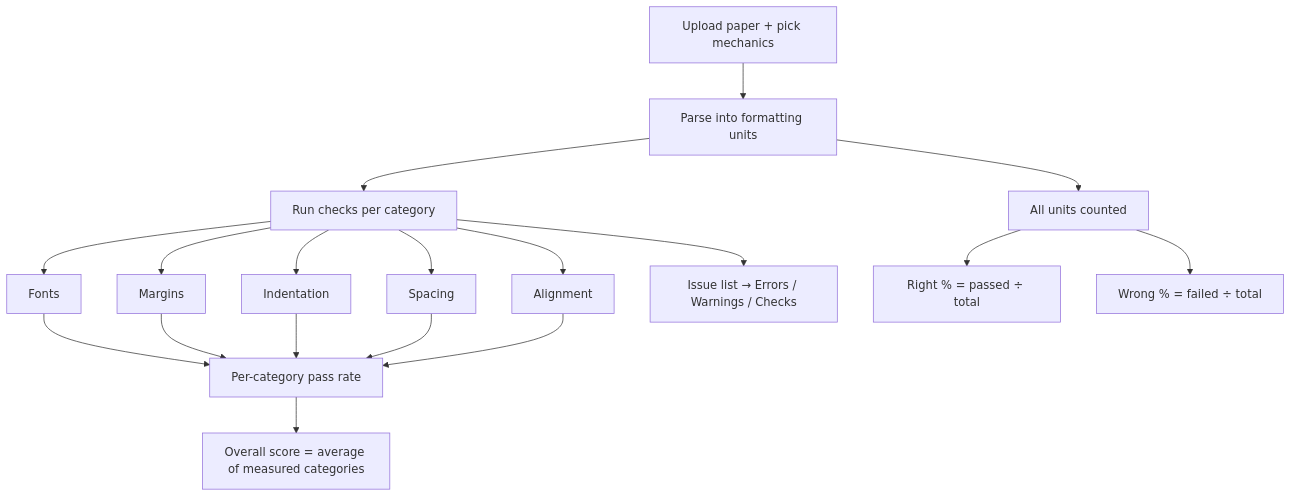
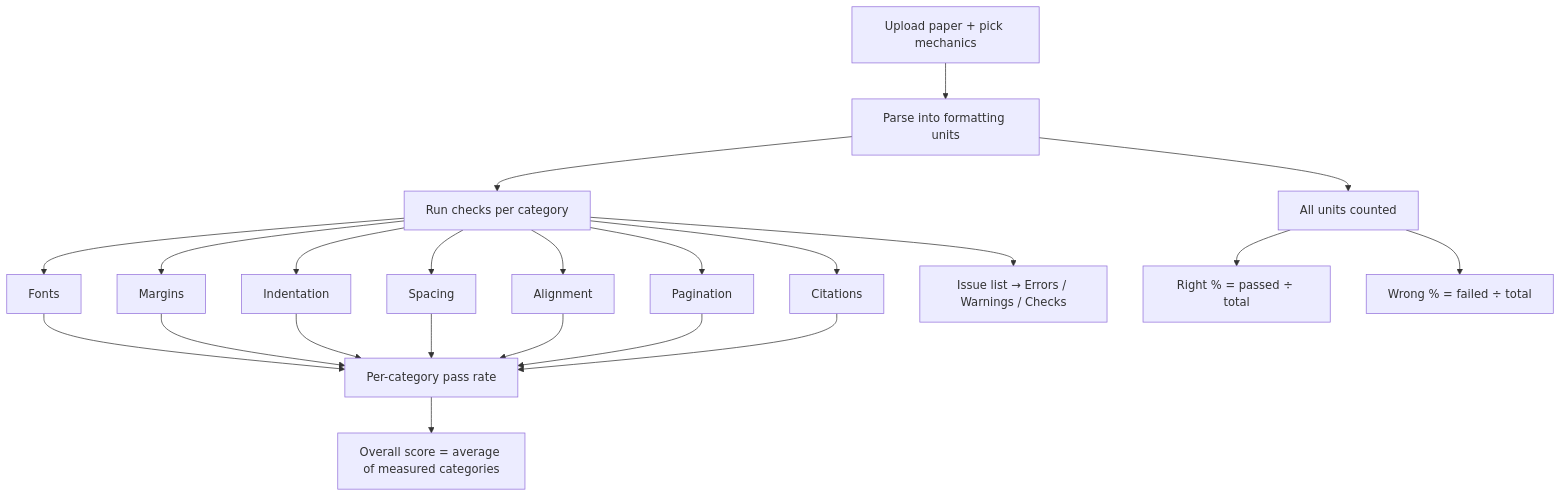
The first of 4 diagrams in PaperPilot-main/machinelearning/docs/SCORING_EXPLAINED.md (Vinceopo/PaperPilot), drawn with Mermaid before and after one commit. The commit also changed 8 other files, not shown here.

First line of the commit message:
Fix v3 scan anomalies: restore pagination and score Citations.

````diff
--- a/PaperPilot-main/machinelearning/docs/SCORING_EXPLAINED.md
+++ b/PaperPilot-main/machinelearning/docs/SCORING_EXPLAINED.md
@@ -9,22 +9,26 @@
 ```mermaid
 flowchart TD
   A[Upload paper + pick mechanics] --> B[Parse into formatting units]
   B --> C[Run checks per category]
   C --> D[Fonts]
   C --> E[Margins]
   C --> F[Indentation]
   C --> G[Spacing]
   C --> H[Alignment]
+  C --> P[Pagination]
+  C --> Q[Citations]
 
   D --> I[Per-category pass rate]
   E --> I
   F --> I
   G --> I
   H --> I
+  P --> I
+  Q --> I
 
   I --> J[Overall score = average of measured categories]
   B --> K[All units counted]
   K --> L[Right % = passed ÷ total]
   K --> M[Wrong % = failed ÷ total]
   C --> N[Issue list → Errors / Warnings / Checks]
 ```
````
